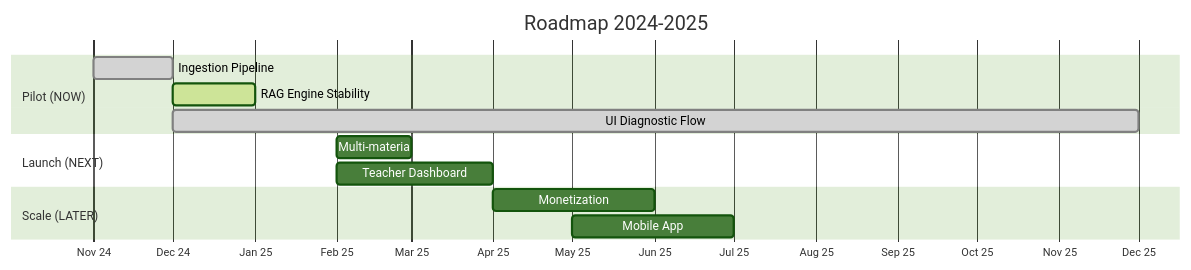
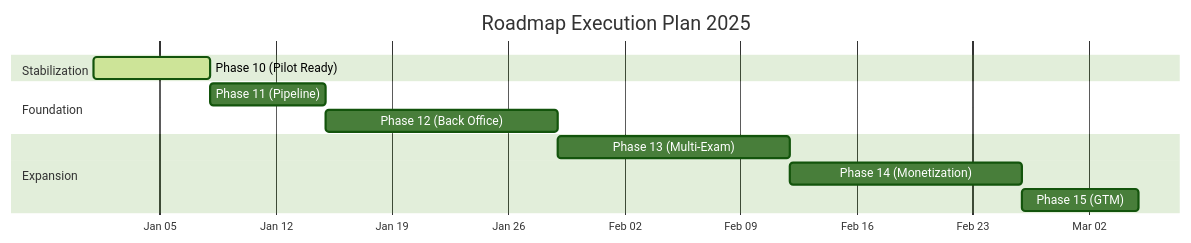
The diagram in docs/memory_bank/PRODUCT/roadmap.md (NBN-WEST/leuniversita), drawn with Mermaid (forest theme) before and after one commit. The commit also changed other lines of this file and 8 other files, not shown here.

````diff
--- a/docs/memory_bank/PRODUCT/roadmap.md
+++ b/docs/memory_bank/PRODUCT/roadmap.md
@@ -33,19 +73,18 @@
 ```mermaid
 gantt
-    title Roadmap 2024-2025
-    dateFormat YYYY-MM
-    axisFormat %b %y
+    title Roadmap Execution Plan 2025
+    dateFormat YYYY-MM-DD
+    axisFormat %b %d
 
-    section Pilot (NOW)
-    Ingestion Pipeline       :done,    p1, 2024-11, 2024-12
-    RAG Engine Stability     :active,  p2, 2024-12, 2025-01
-    UI Diagnostic Flow       :done,    p3, 2024-12, 2025-12
+    section Stabilization
+    Phase 10 (Pilot Ready)    :active, p10, 2025-01-01, 7d
 
-    section Launch (NEXT)
-    Multi-materia            :         n1, 2025-02, 2025-03
-    Teacher Dashboard        :         n2, 2025-02, 2025-04
+    section Foundation
+    Phase 11 (Pipeline)       :        p11, after p10, 7d
+    Phase 12 (Back Office)    :        p12, after p11, 14d
 
-    section Scale (LATER)
-    Monetization             :         l1, 2025-04, 2025-06
-    Mobile App               :         l2, 2025-05, 2025-07
+    section Expansion
+    Phase 13 (Multi-Exam)     :        p13, after p12, 14d
+    Phase 14 (Monetization)   :        p14, after p13, 14d
+    Phase 15 (GTM)            :        p15, after p14, 7d
 ```
````
